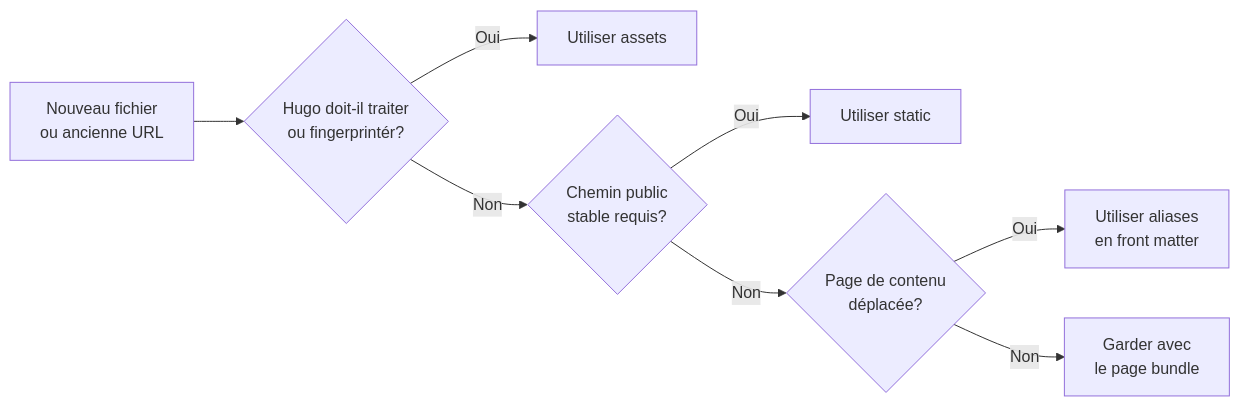
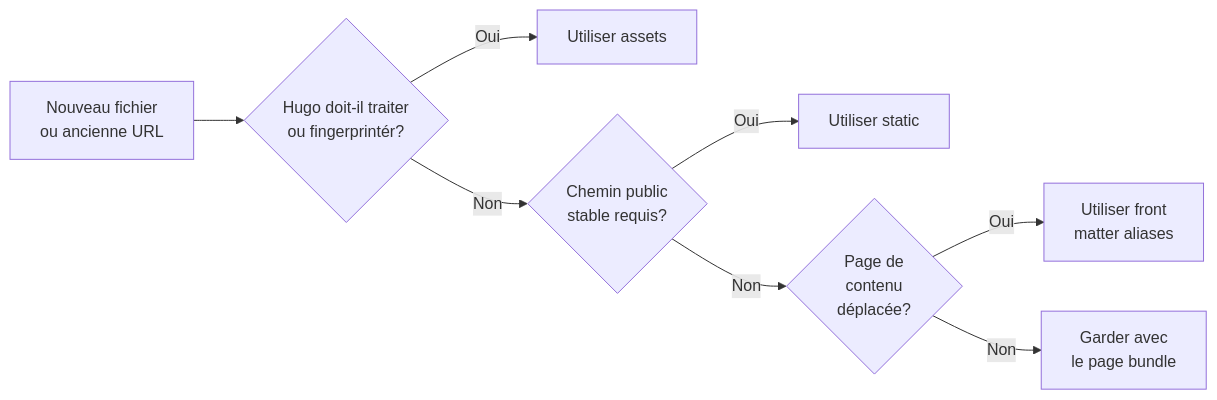
The diagram in content/docs/web-site/content-authoring.fr.md (vanityURLs/website), drawn with Mermaid before and after one commit. The commit also changed 38 other files, not shown here.

Commit message:
docs: document lookup routes and diagrams

```diff
--- a/content/docs/web-site/content-authoring.fr.md
+++ b/content/docs/web-site/content-authoring.fr.md
@@ -154,19 +154,19 @@
 {{< mermaid >}}
 flowchart LR
   A[Nouveau fichier<br/>ou ancienne URL]
   B{Hugo doit-il traiter<br/>ou fingerprintér?}
   C[Utiliser assets]
   D{Chemin public<br/>stable requis?}
   E[Utiliser static]
-  F{Page de contenu<br/>déplacée?}
-  G[Utiliser aliases<br/>en front matter]
+  F{Page de<br/>contenu<br/>déplacée?}
+  G[Utiliser front<br/>matter aliases]
   H[Garder avec<br/>le page bundle]
 
   A --> B
   B -->|Oui| C
   B -->|Non| D
   D -->|Oui| E
   D -->|Non| F
   F -->|Oui| G
   F -->|Non| H
 {{< /mermaid >}}
```
